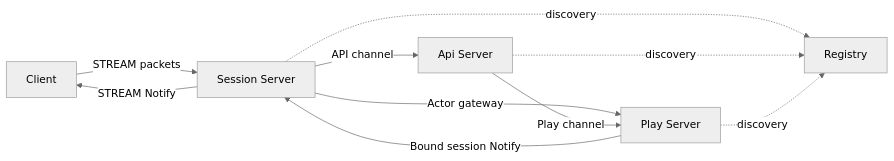
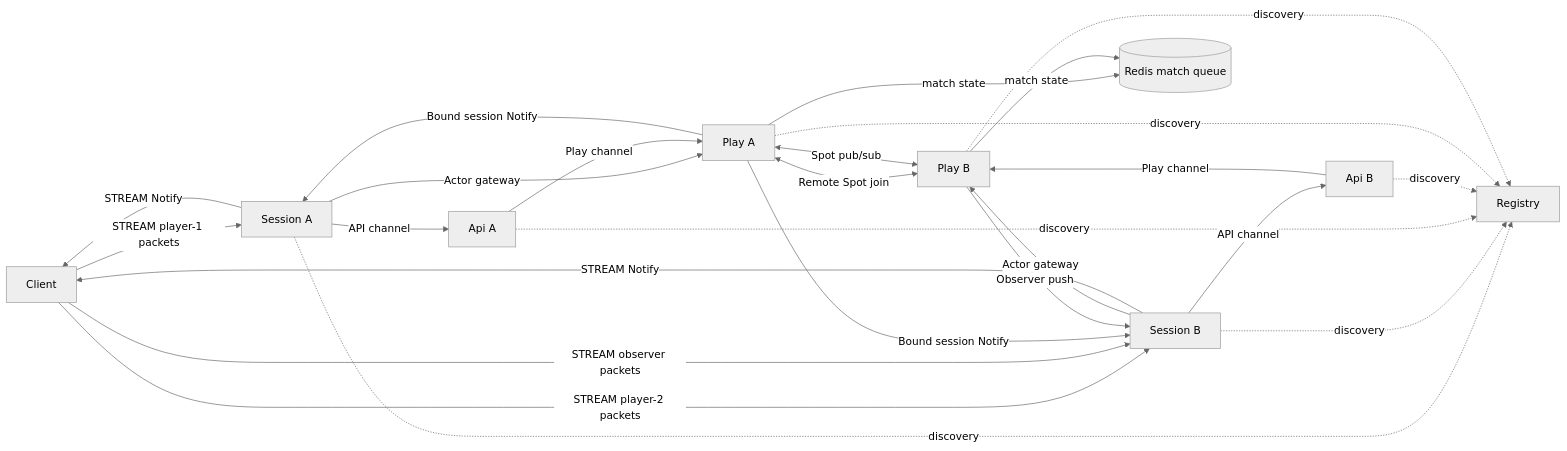
Before and after one commit to kairos-code-dev/zlink: the first of 5 diagrams in framework/doc/framework/common/sample/bingo/README.ko.md, drawn with Mermaid (neutral theme). The commit also changed other lines of this file and 108 other files, not shown here.

Commit message:
Update framework sample scale-out and spot pub APIs

````diff
--- a/framework/doc/framework/common/sample/bingo/README.ko.md
+++ b/framework/doc/framework/common/sample/bingo/README.ko.md
@@ -43,18 +54,37 @@
 ```mermaid
 graph LR
     C[Client]
-    S[Session Server]
-    API[Api Server]
-    P[Play Server]
+    SA[Session A]
+    SB[Session B]
+    APIA[Api A]
+    APIB[Api B]
+    PA[Play A]
+    PB[Play B]
     R[Registry]
+    REDIS[(Redis match queue)]
 
-    C -->|STREAM packets| S
-    S -->|API channel| API
-    S -->|Actor gateway| P
-    API -->|Play channel| P
-    P -->|Bound session Notify| S
-    S -->|STREAM Notify| C
-    S -. discovery .-> R
-    API -. discovery .-> R
-    P -. discovery .-> R
+    C -->|STREAM player-1 packets| SA
+    C -->|STREAM player-2 packets| SB
+    C -->|STREAM observer packets| SB
+    SA -->|API channel| APIA
+    SB -->|API channel| APIB
+    SA -->|Actor gateway| PA
+    SB -->|Actor gateway| PB
+    APIA -->|Play channel| PA
+    APIB -->|Play channel| PB
+    PA <-->|Remote Spot join| PB
+    PA <-->|Spot pub/sub| PB
+    PA -->|match state| REDIS
+    PB -->|match state| REDIS
+    PA -->|Bound session Notify| SA
+    PA -->|Bound session Notify| SB
+    PB -->|Observer push| SB
+    SA -->|STREAM Notify| C
+    SB -->|STREAM Notify| C
+    SA -. discovery .-> R
+    SB -. discovery .-> R
+    APIA -. discovery .-> R
+    APIB -. discovery .-> R
+    PA -. discovery .-> R
+    PB -. discovery .-> R
 ```
````
